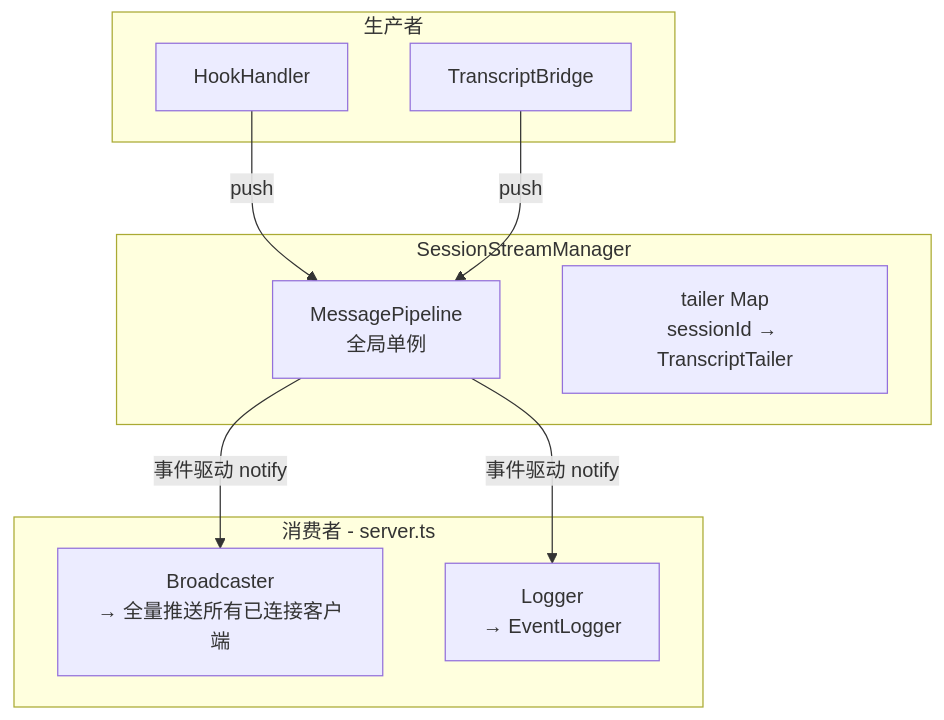
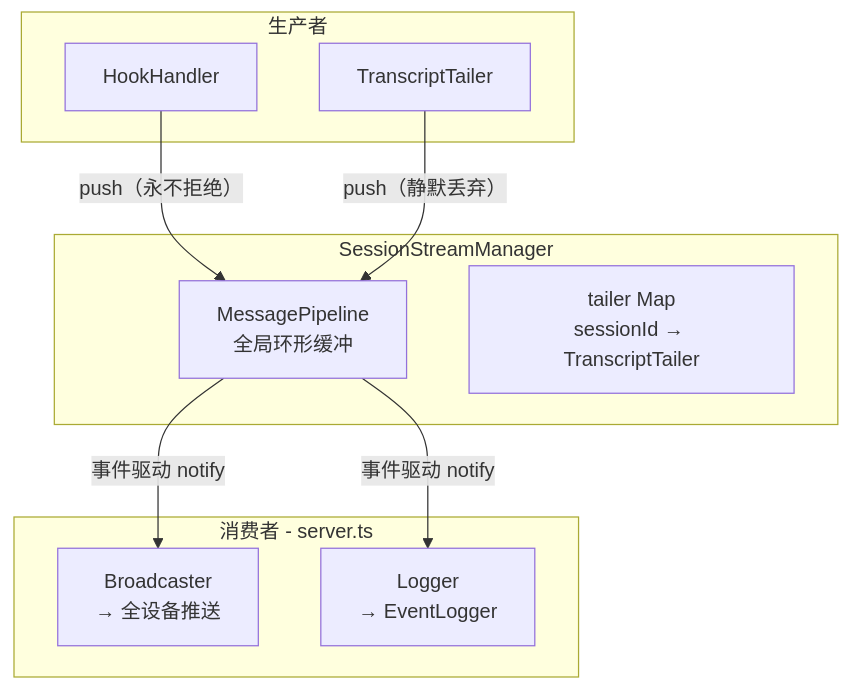
One commit to Menfre01/mypilot changed the sixth of 10 diagrams in docs/transcript-tailer-architecture.md. Above: the diagram before and after it, drawn with Mermaid. The commit also changed other lines of this file and 25 other files, not shown here.

````diff
--- a/docs/transcript-tailer-architecture.md
+++ b/docs/transcript-tailer-architecture.md
@@ -455,23 +375,23 @@
 ```mermaid
 flowchart TB
     subgraph PRODUCERS[生产者]
         HH[HookHandler]
-        TB[TranscriptBridge]
+        TL[TranscriptTailer]
     end
 
     subgraph SSM[SessionStreamManager]
-        PL[MessagePipeline<br/>全局单例]
+        PL[MessagePipeline<br/>全局环形缓冲]
         TAILERS[tailer Map<br/>sessionId → TranscriptTailer]
     end
 
     subgraph CONSUMERS[消费者 - server.ts]
-        BC[Broadcaster<br/>→ 全量推送所有已连接客户端]
+        BC[Broadcaster<br/>→ 全设备推送]
         LOG[Logger<br/>→ EventLogger]
     end
 
-    HH -->|push| PL
-    TB -->|push| PL
+    HH -->|push（永不拒绝）| PL
+    TL -->|push（静默丢弃）| PL
 
     PL -->|事件驱动 notify| BC
     PL -->|事件驱动 notify| LOG
 ```
````
